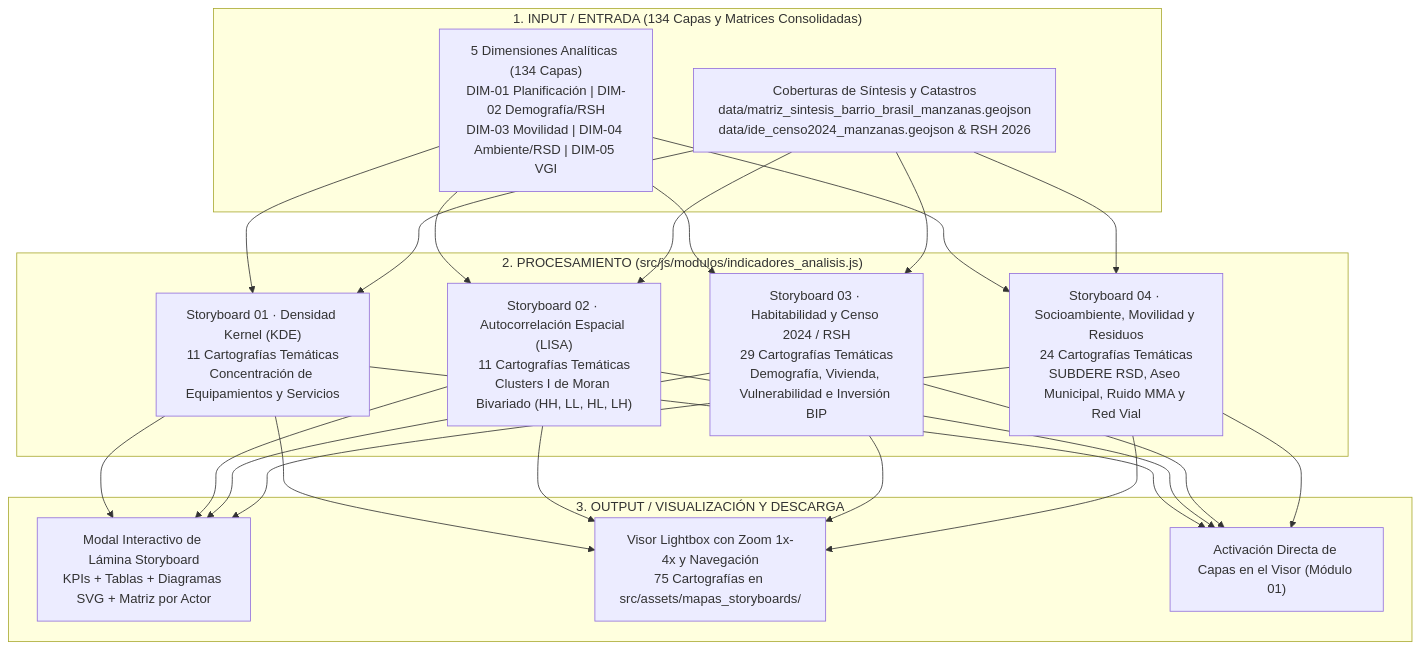
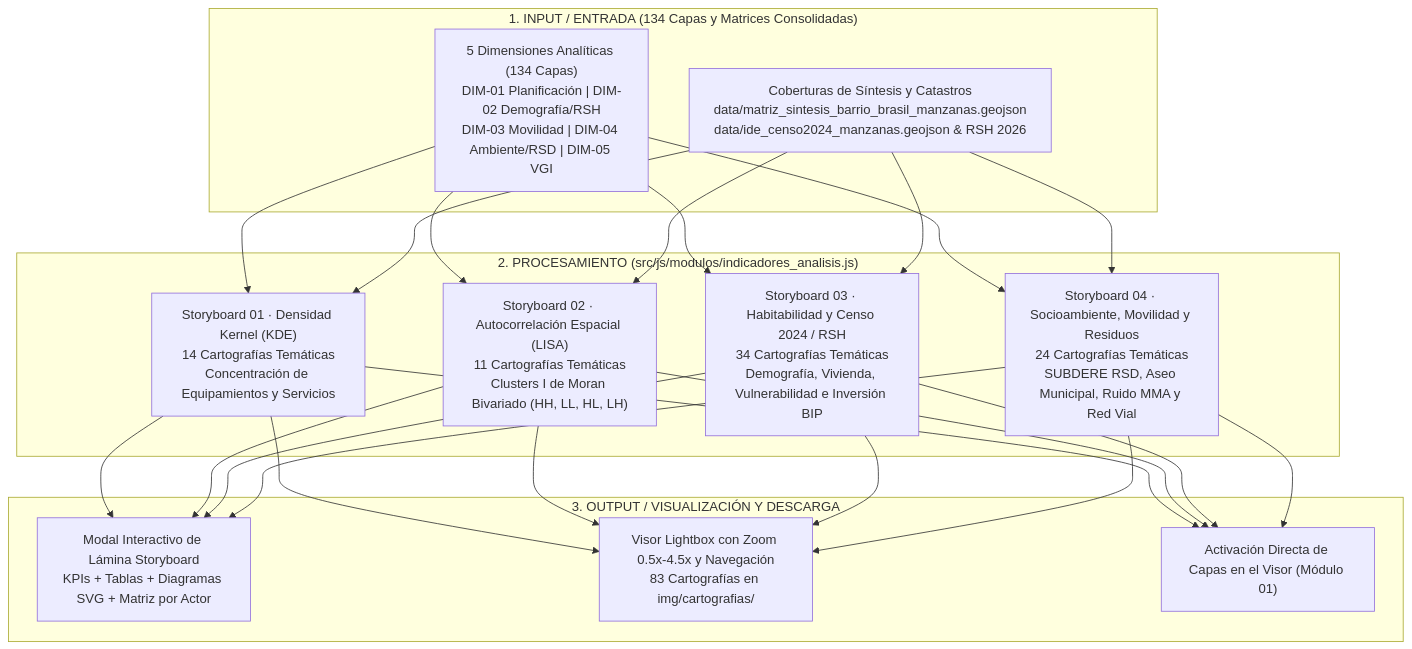
Before and after one commit to GEOJOTA/atlas-vgi-barrio-brasil: the fourth of 5 diagrams in docs/MANUAL_USO.md, drawn with Mermaid. The commit also changed other lines of this file and 23 other files, not shown here.

````diff
--- a/docs/MANUAL_USO.md
+++ b/docs/MANUAL_USO.md
@@ -153,23 +153,23 @@
 ```mermaid
 flowchart TD
     subgraph IN["1. INPUT / ENTRADA (134 Capas y Matrices Consolidadas)"]
         D1["5 Dimensiones Analíticas (134 Capas)<br/>DIM-01 Planificación | DIM-02 Demografía/RSH<br/>DIM-03 Movilidad | DIM-04 Ambiente/RSD | DIM-05 VGI"]
         D2["Coberturas de Síntesis y Catastros<br/>data/matriz_sintesis_barrio_brasil_manzanas.geojson<br/>data/ide_censo2024_manzanas.geojson & RSH 2026"]
     end
 
     subgraph PROC["2. PROCESAMIENTO (src/js/modulos/indicadores_analisis.js)"]
-        S1["Storyboard 01 · Densidad Kernel (KDE)<br/>11 Cartografías Temáticas<br/>Concentración de Equipamientos y Servicios"]
+        S1["Storyboard 01 · Densidad Kernel (KDE)<br/>14 Cartografías Temáticas<br/>Concentración de Equipamientos y Servicios"]
         S2["Storyboard 02 · Autocorrelación Espacial (LISA)<br/>11 Cartografías Temáticas<br/>Clusters I de Moran Bivariado (HH, LL, HL, LH)"]
-        S3["Storyboard 03 · Habitabilidad y Censo 2024 / RSH<br/>29 Cartografías Temáticas<br/>Demografía, Vivienda, Vulnerabilidad e Inversión BIP"]
+        S3["Storyboard 03 · Habitabilidad y Censo 2024 / RSH<br/>34 Cartografías Temáticas<br/>Demografía, Vivienda, Vulnerabilidad e Inversión BIP"]
         S4["Storyboard 04 · Socioambiente, Movilidad y Residuos<br/>24 Cartografías Temáticas<br/>SUBDERE RSD, Aseo Municipal, Ruido MMA y Red Vial"]
     end
 
     subgraph OUT["3. OUTPUT / VISUALIZACIÓN Y DESCARGA"]
         V1["Modal Interactivo de Lámina Storyboard<br/>KPIs + Tablas + Diagramas SVG + Matriz por Actor"]
-        V2["Visor Lightbox con Zoom 1x-4x y Navegación<br/>75 Cartografías en src/assets/mapas_storyboards/"]
+        V2["Visor Lightbox con Zoom 0.5x-4.5x y Navegación<br/>83 Cartografías en img/cartografias/"]
         V3["Activación Directa de Capas en el Visor (Módulo 01)"]
     end
 
     D1 & D2 --> S1 & S2 & S3 & S4
     S1 & S2 & S3 & S4 --> V1 & V2 & V3
 ```
````
